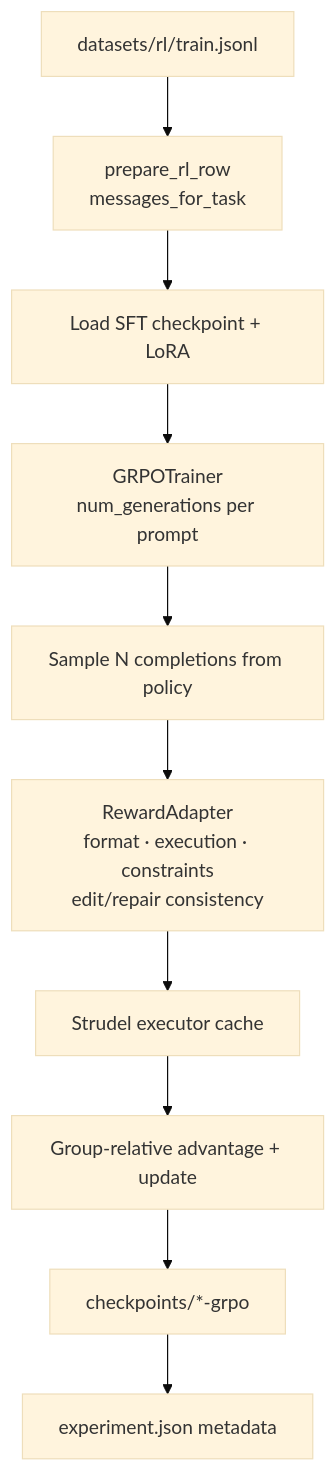
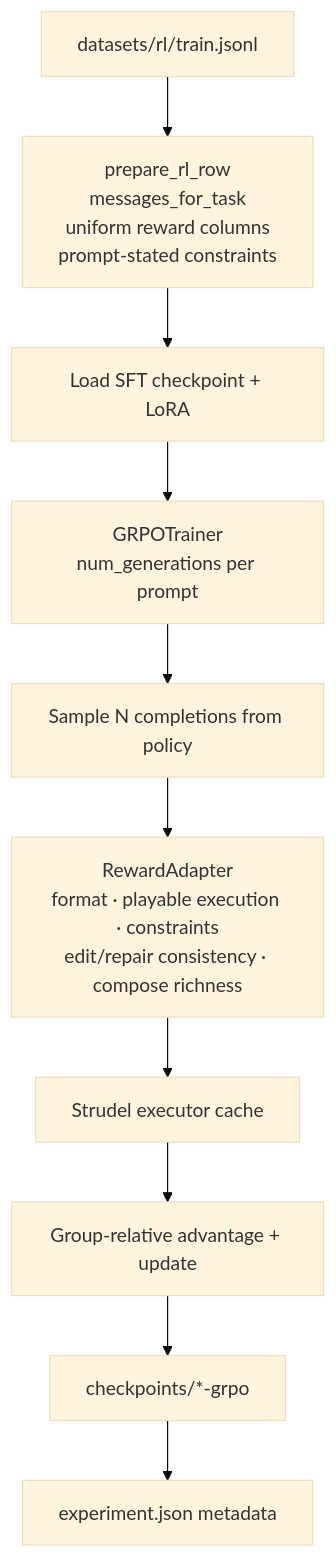
The sixth of 7 diagrams in docs/workflows.md (shanmukh05/TuneLM), drawn with Mermaid (base theme) before and after one commit. The commit also changed 55 other files, not shown here.

````diff
--- a/docs/workflows.md
+++ b/docs/workflows.md
@@ -126,12 +126,12 @@
 ```mermaid
 flowchart TD
-  A[datasets/rl/train.jsonl] --> B[prepare_rl_row<br/>messages_for_task]
+  A[datasets/rl/train.jsonl] --> B[prepare_rl_row<br/>messages_for_task<br/>uniform reward columns<br/>prompt-stated constraints]
   B --> C[Load SFT checkpoint + LoRA]
   C --> D[GRPOTrainer<br/>num_generations per prompt]
   D --> E[Sample N completions from policy]
-  E --> F[RewardAdapter<br/>format · execution · constraints<br/>edit/repair consistency]
+  E --> F[RewardAdapter<br/>format · playable execution · constraints<br/>edit/repair consistency · compose richness]
   F --> G[Strudel executor cache]
   G --> H[Group-relative advantage + update]
   H --> I[checkpoints/*-grpo]
   I --> J[experiment.json metadata]
 ```
````
